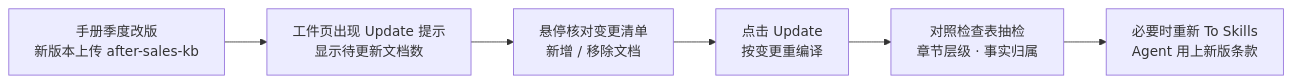
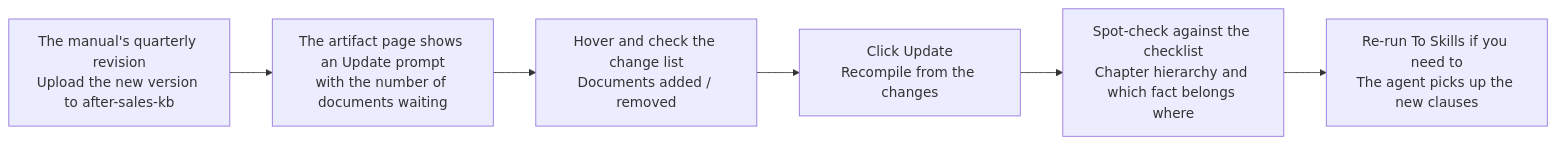
The third of 3 diagrams in books/ragflow/en/chapters/06-knowledge-compilation.md (ybak/ai-tutorial), drawn with Mermaid before and after one commit. The commit also changed other lines of this file and 16 other files, not shown here.

First line of the commit message:
docs(ragflow): 按审阅改英文图、注释和正文

````diff
--- a/books/ragflow/en/chapters/06-knowledge-compilation.md
+++ b/books/ragflow/en/chapters/06-knowledge-compilation.md
@@ -312,8 +312,8 @@
 ```mermaid
 flowchart LR
-    R["手册季度改版<br/>新版本上传 after-sales-kb"] --> N["工件页出现 Update 提示<br/>显示待更新文档数"]
-    N --> C["悬停核对变更清单<br/>新增 / 移除文档"]
-    C --> U["点击 Update<br/>按变更重编译"]
-    U --> K["对照检查表抽检<br/>章节层级 · 事实归属"]
-    K --> S["必要时重新 To Skills<br/>Agent 用上新版条款"]
+    R["The manual's quarterly revision<br/>Upload the new version to after-sales-kb"] --> N["The artifact page shows an Update prompt<br/>with the number of documents waiting"]
+    N --> C["Hover and check the change list<br/>Documents added / removed"]
+    C --> U["Click Update<br/>Recompile from the changes"]
+    U --> K["Spot-check against the checklist<br/>Chapter hierarchy and which fact belongs where"]
+    K --> S["Re-run To Skills if you need to<br/>The agent picks up the new clauses"]
 ```
````
